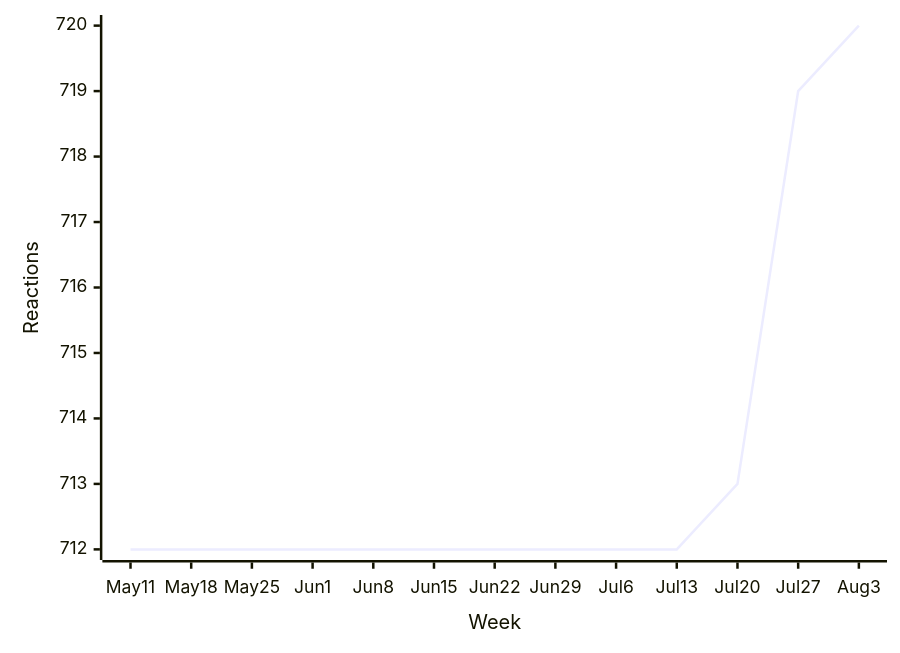
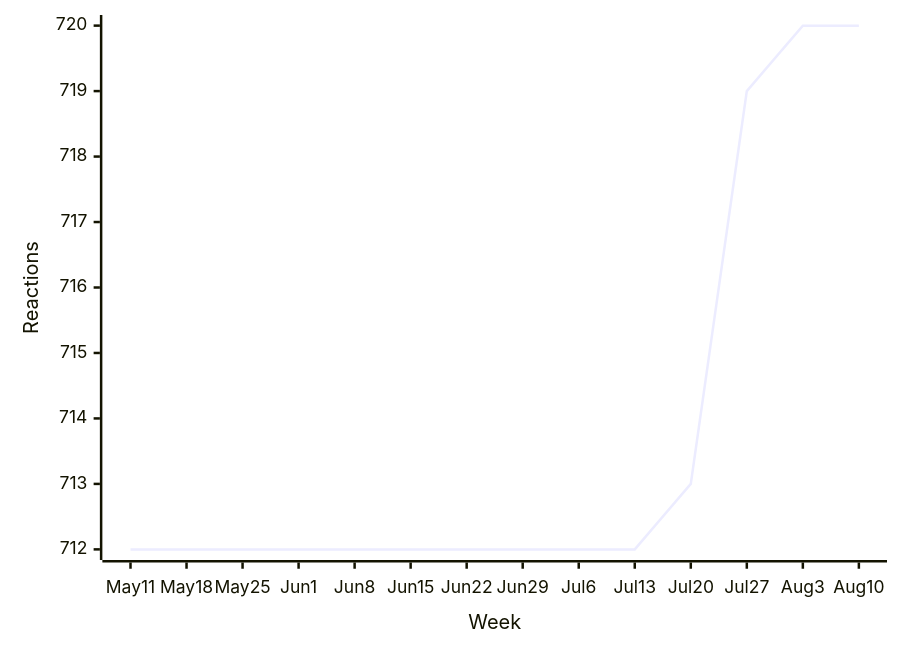
Before and after one commit to loic-sharma/github-insights: diagram 16 of 43 in README.md, drawn with Mermaid. The commit also changed other lines of this file and 3 other files, not shown here.

````diff
--- a/README.md
+++ b/README.md
@@ -594,6 +594,6 @@
   ```mermaid
   xychart-beta
-    x-axis "Week" [May 11, May 18, May 25, Jun 1, Jun 8, Jun 15, Jun 22, Jun 29, Jul 6, Jul 13, Jul 20, Jul 27, Aug 3]
+    x-axis "Week" [May 11, May 18, May 25, Jun 1, Jun 8, Jun 15, Jun 22, Jun 29, Jul 6, Jul 13, Jul 20, Jul 27, Aug 3, Aug 10]
     y-axis "Reactions"
-    line [712, 712, 712, 712, 712, 712, 712, 712, 712, 712, 713, 719, 720]
+    line [712, 712, 712, 712, 712, 712, 712, 712, 712, 712, 713, 719, 720, 720]
   ```
````
